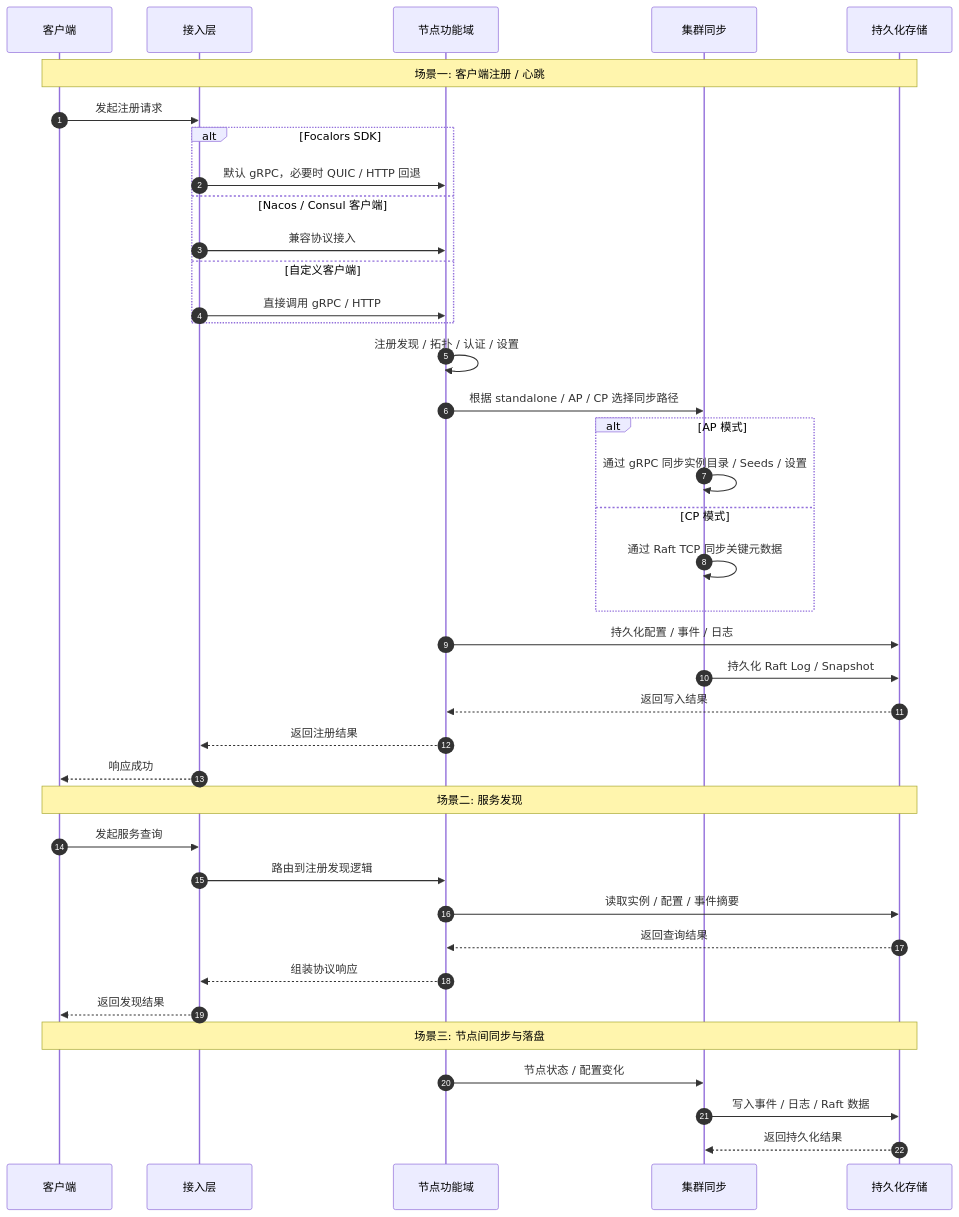
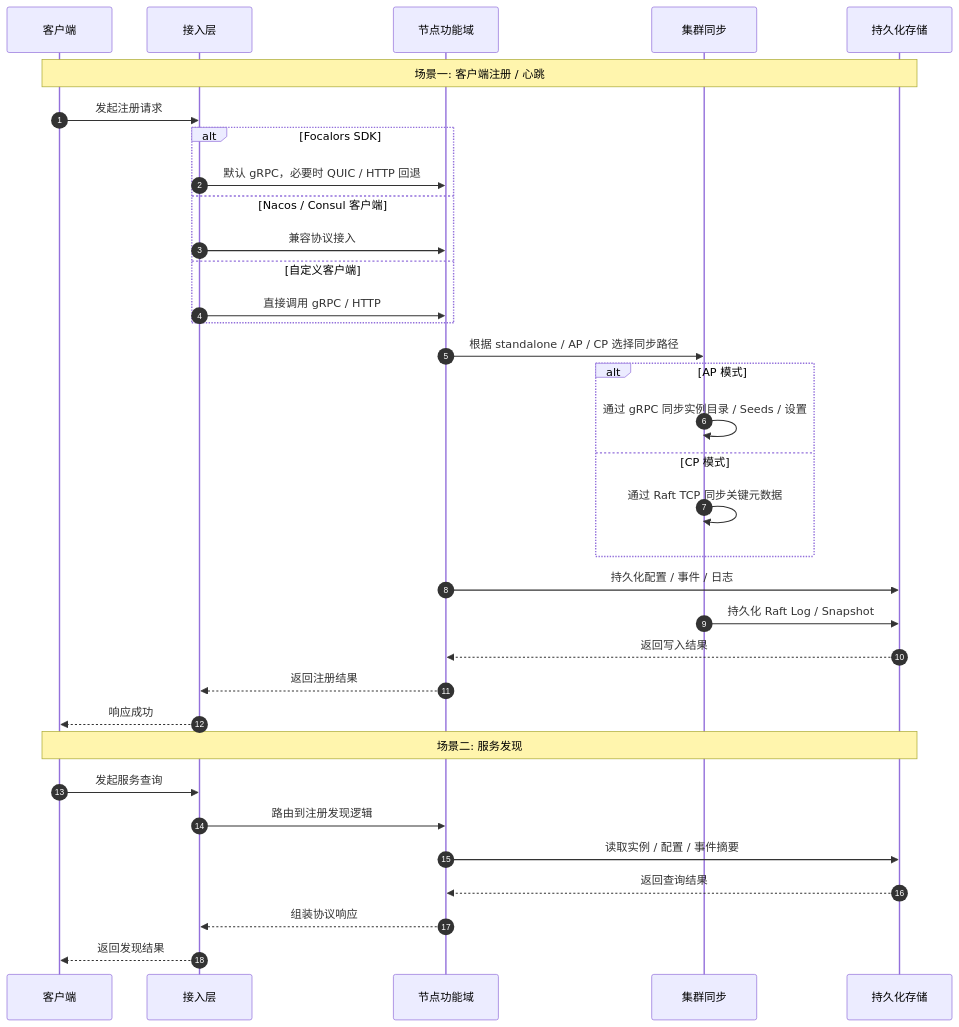
The second of 2 diagrams in README-zh-CN.md (shiyindaxiaojie/eden-microservice), drawn with Mermaid before and after one commit. The commit also changed other lines of this file and 1 other file, not shown here.

````diff
--- a/README-zh-CN.md
+++ b/README-zh-CN.md
@@ -150,45 +99,39 @@
 ```mermaid
 sequenceDiagram
     autonumber
 
     participant C as 客户端
     participant T as 接入层
     participant F as 节点功能域
     participant R as 集群同步
     participant D as 持久化存储
 
     Note over C,D: 场景一: 客户端注册 / 心跳
     C->>T: 发起注册请求
     alt Focalors SDK
         T->>F: 默认 gRPC，必要时 QUIC / HTTP 回退
     else Nacos / Consul 客户端
         T->>F: 兼容协议接入
     else 自定义客户端
         T->>F: 直接调用 gRPC / HTTP
     end
-    F->>F: 注册发现 / 拓扑 / 认证 / 设置
     F->>R: 根据 standalone / AP / CP 选择同步路径
     alt AP 模式
         R->>R: 通过 gRPC 同步实例目录 / Seeds / 设置
     else CP 模式
         R->>R: 通过 Raft TCP 同步关键元数据
     end
     F->>D: 持久化配置 / 事件 / 日志
     R->>D: 持久化 Raft Log / Snapshot
     D-->>F: 返回写入结果
     F-->>T: 返回注册结果
     T-->>C: 响应成功
 
     Note over C,D: 场景二: 服务发现
     C->>T: 发起服务查询
     T->>F: 路由到注册发现逻辑
     F->>D: 读取实例 / 配置 / 事件摘要
     D-->>F: 返回查询结果
     F-->>T: 组装协议响应
     T-->>C: 返回发现结果
-
-    Note over C,D: 场景三: 节点间同步与落盘
-    F->>R: 节点状态 / 配置变化
-    R->>D: 写入事件 / 日志 / Raft 数据
-    D-->>R: 返回持久化结果
 ```
````
